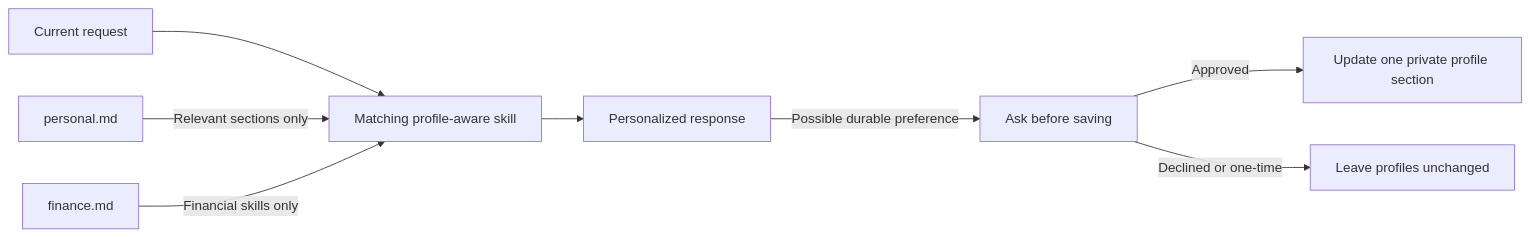
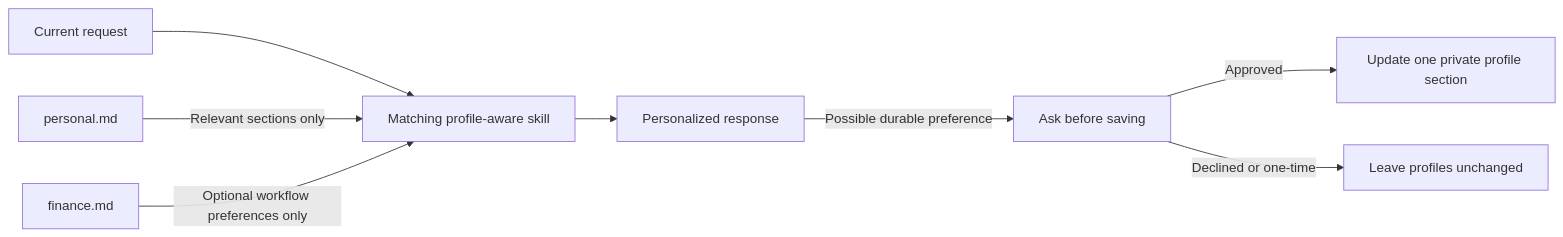
The diagram in docs/profile-setup.md (adithcm/AI-Devkit), drawn with Mermaid before and after one commit. The commit also changed other lines of this file and 2 other files, not shown here.

Commit message:
Revise financial workflow foundation

````diff
--- a/docs/profile-setup.md
+++ b/docs/profile-setup.md
@@ -9,10 +9,10 @@
 ```mermaid
 flowchart LR
   Request["Current request"] --> Skill["Matching profile-aware skill"]
   Personal["personal.md"] -->|"Relevant sections only"| Skill
-  Finance["finance.md"] -->|"Financial skills only"| Skill
+  Finance["finance.md"] -->|"Optional workflow preferences only"| Skill
   Skill --> Response["Personalized response"]
   Response -->|"Possible durable preference"| Confirm["Ask before saving"]
   Confirm -->|"Approved"| Profile["Update one private profile section"]
   Confirm -->|"Declined or one-time"| NoWrite["Leave profiles unchanged"]
 ```
````
